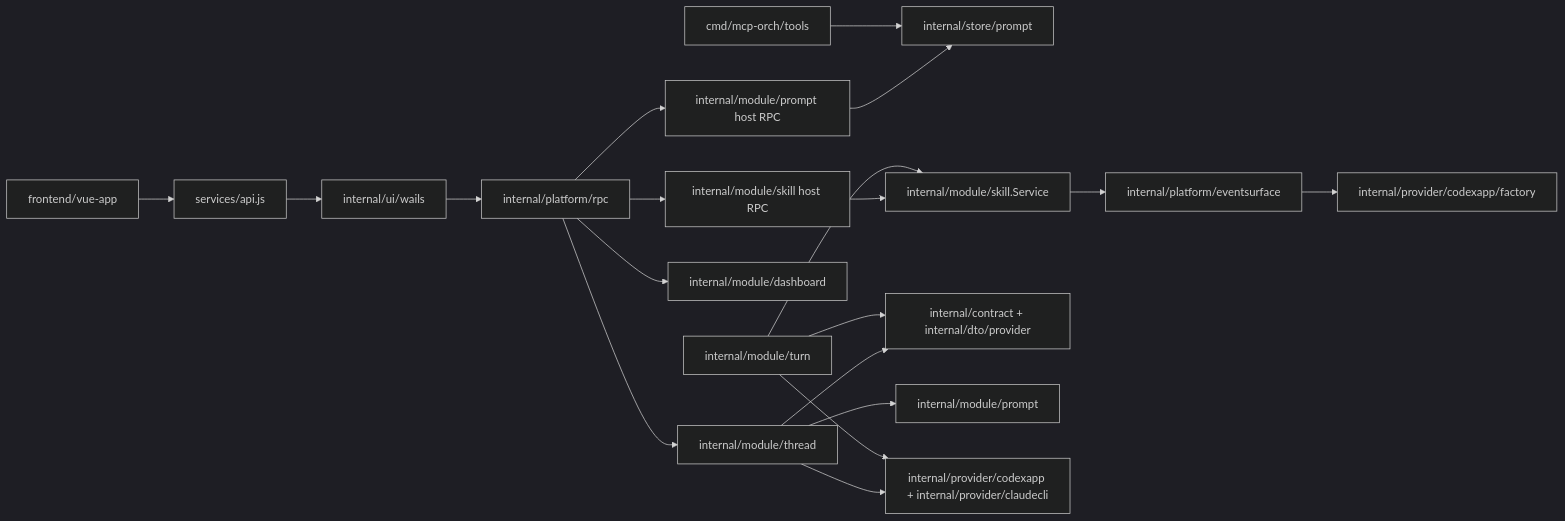
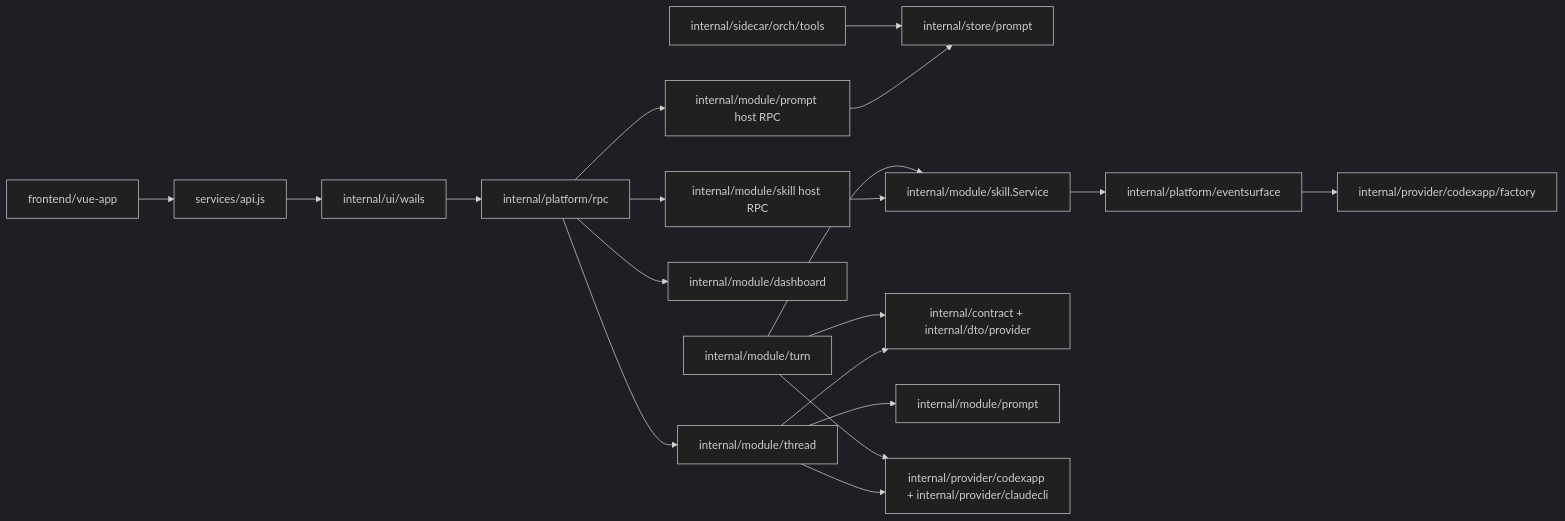
One commit to lihah111222333-cloud/Super-Dolphin-Agent-Cockpit changed the second of 2 diagrams in docs/plans/迁移/p20/README.md. Above: the diagram before and after it, drawn with Mermaid (dark theme). The commit also changed other lines of this file and 1439 other files, not shown here.

````diff
--- a/docs/plans/迁移/p20/README.md
+++ b/docs/plans/迁移/p20/README.md
@@ -166,27 +166,27 @@
 ```mermaid
 flowchart LR
   FE[frontend/vue-app] --> API[services/api.js]
   API --> Wails[internal/ui/wails]
   Wails --> RPC[internal/platform/rpc]
 
   RPC --> PromptRPC[internal/module/prompt host RPC]
   RPC --> SkillRPC[internal/module/skill host RPC]
   RPC --> ThreadRPC[internal/module/thread]
   RPC --> DashboardRPC[internal/module/dashboard]
 
   PromptRPC --> PromptStore[internal/store/prompt]
   SkillRPC --> SkillSvc[internal/module/skill.Service]
   ThreadRPC --> Contract[internal/contract + internal/dto/provider]
   ThreadRPC --> PromptAsm[internal/module/prompt]
   ThreadRPC --> Providers[internal/provider/codexapp + internal/provider/claudecli]
 
   Turn[internal/module/turn] --> SkillSvc
   Turn --> Contract
   Turn --> Providers
 
   SkillSvc --> EventSurface[internal/platform/eventsurface]
   EventSurface --> CodexBridge[internal/provider/codexapp/factory]
 
-  MCP[cmd/mcp-orch/tools] --> PromptStore
+  MCP[internal/sidecar/orch/tools] --> PromptStore
 
 ```
````
